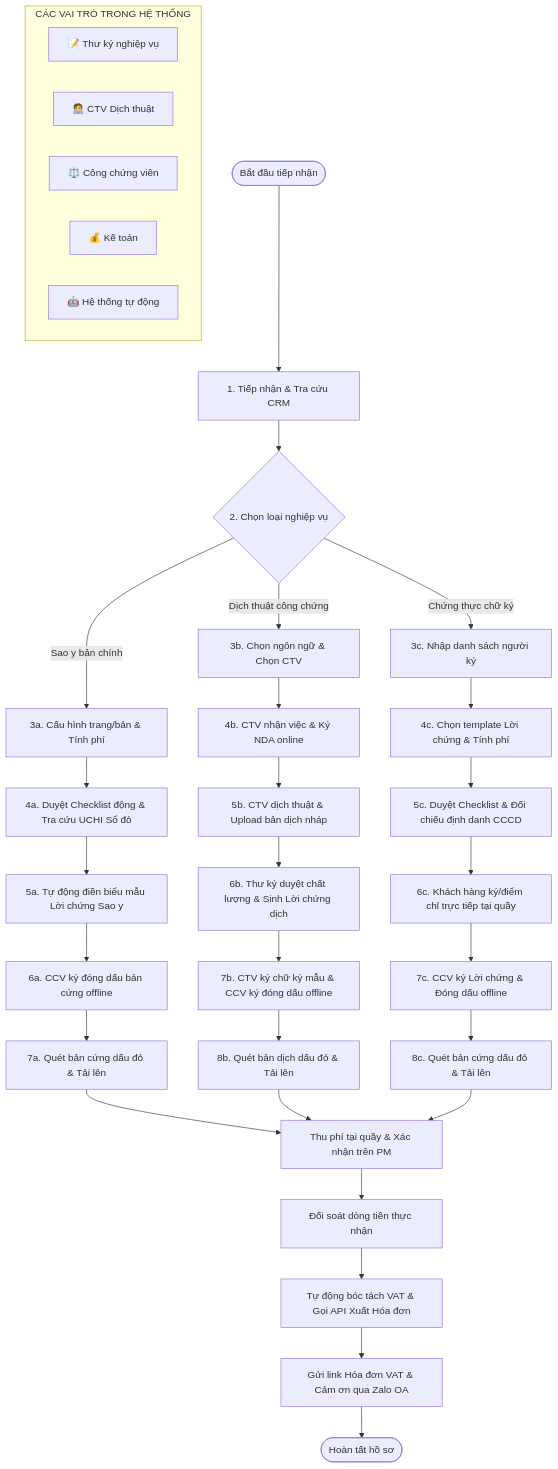
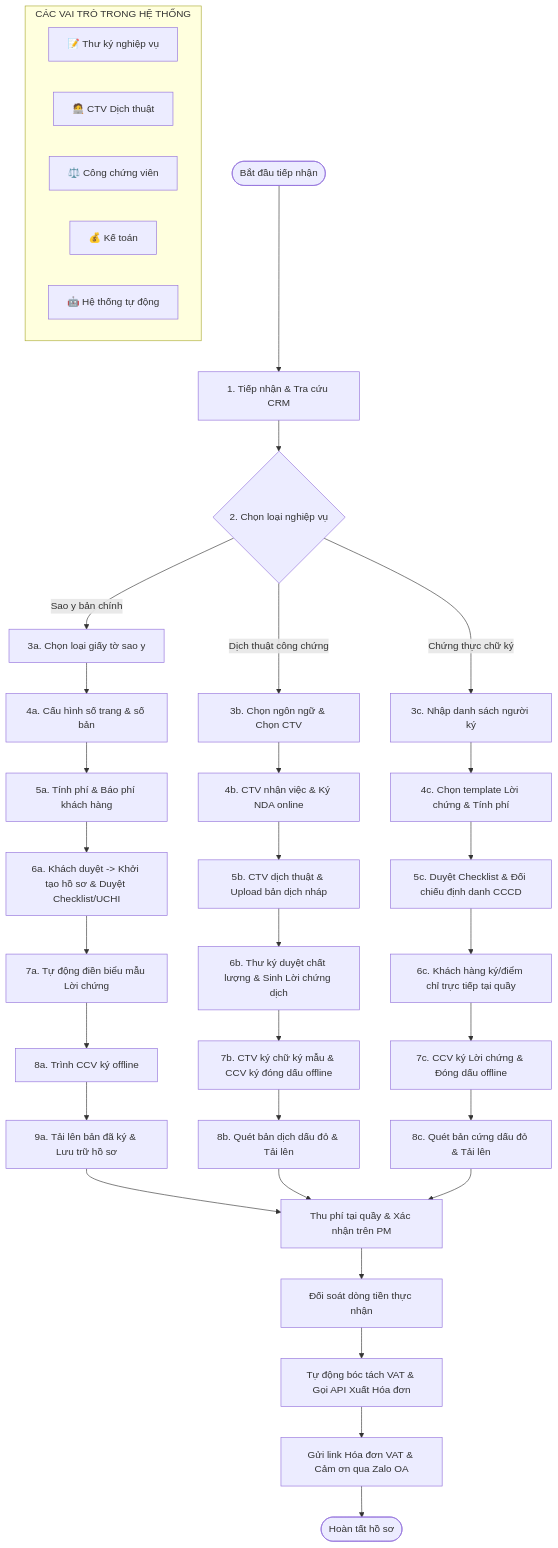
Before and after one commit to MinhHoang22/SRS_VPCC: the eighth of 8 diagrams in docs/SRS_VPCC.md, drawn with Mermaid. The commit also changed other lines of this file, not shown here.

````diff
--- a/docs/SRS_VPCC.md
+++ b/docs/SRS_VPCC.md
@@ -500,48 +498,50 @@
 ```mermaid
 flowchart TD
     subgraph Roles ["CÁC VAI TRÒ TRONG HỆ THỐNG"]
         direction LR
         R_Sec["📝 Thư ký nghiệp vụ"]
         R_CTV["🧑‍💻 CTV Dịch thuật"]
         R_CCV["⚖️ Công chứng viên"]
         R_Acc["💰 Kế toán"]
         R_Sys["🤖 Hệ thống tự động"]
     end
 
     %% General Workflow Sequence
     Start([Bắt đầu tiếp nhận]) --> Input[1. Tiếp nhận & Tra cứu CRM]
     Input --> ChooseBranch{2. Chọn loại nghiệp vụ}
 
     %% Branch 1: Sao y
-    ChooseBranch -- Sao y bản chính --> SY_Calc[3a. Cấu hình trang/bản & Tính phí]
-    SY_Calc --> SY_Checklist[4a. Duyệt Checklist động & Tra cứu UCHI Sổ đỏ]
-    SY_Checklist --> SY_Template[5a. Tự động điền biểu mẫu Lời chứng Sao y]
-    SY_Template --> CCV_Sign_SY[6a. CCV ký đóng dấu bản cứng offline]
-    CCV_Sign_SY --> SY_Scan[7a. Quét bản cứng dấu đỏ & Tải lên]
+    ChooseBranch -- Sao y bản chính --> SY_DocType[3a. Chọn loại giấy tờ sao y]
+    SY_DocType --> SY_Config[4a. Cấu hình số trang & số bản]
+    SY_Config --> SY_Calc[5a. Tính phí & Báo phí khách hàng]
+    SY_Calc --> SY_Init[6a. Khách duyệt -> Khởi tạo hồ sơ & Duyệt Checklist/UCHI]
+    SY_Init --> SY_Template[7a. Tự động điền biểu mẫu Lời chứng]
+    SY_Template --> CCV_Sign_SY[8a. Trình CCV ký offline]
+    CCV_Sign_SY --> SY_Scan[9a. Tải lên bản đã ký & Lưu trữ hồ sơ]
 
     %% Branch 2: Dịch thuật
     ChooseBranch -- Dịch thuật công chứng --> DT_Config[3b. Chọn ngôn ngữ & Chọn CTV]
     DT_Config --> DT_Assign[4b. CTV nhận việc & Ký NDA online]
     DT_Assign --> DT_Translate[5b. CTV dịch thuật & Upload bản dịch nháp]
     DT_Translate --> DT_Check[6b. Thư ký duyệt chất lượng & Sinh Lời chứng dịch]
     DT_Check --> CTV_Sign_DT[7b. CTV ký chữ ký mẫu & CCV ký đóng dấu offline]
     CTV_Sign_DT --> DT_Scan[8b. Quét bản dịch dấu đỏ & Tải lên]
 
     %% Branch 3: Chứng thực chữ ký
     ChooseBranch -- Chứng thực chữ ký --> CT_CRM[3c. Nhập danh sách người ký]
     CT_CRM --> CT_Template[4c. Chọn template Lời chứng & Tính phí]
     CT_Template --> CT_Checklist[5c. Duyệt Checklist & Đối chiếu định danh CCCD]
     CT_Checklist --> CT_Sign[6c. Khách hàng ký/điểm chỉ trực tiếp tại quầy]
     CT_Sign --> CCV_Sign_CT[7c. CCV ký Lời chứng & Đóng dấu offline]
     CCV_Sign_CT --> CT_Scan[8c. Quét bản cứng dấu đỏ & Tải lên]
 
     %% Common End Phase
     SY_Scan --> CollectFee[Thu phí tại quầy & Xác nhận trên PM]
     DT_Scan --> CollectFee
     CT_Scan --> CollectFee
 
     CollectFee --> AccReconcile[Đối soát dòng tiền thực nhận]
     AccReconcile --> SysInvoice[Tự động bóc tách VAT & Gọi API Xuất Hóa đơn]
     SysInvoice --> ZaloSend[Gửi link Hóa đơn VAT & Cảm ơn qua Zalo OA]
     ZaloSend --> EndNode([Hoàn tất hồ sơ])
 ```
````
